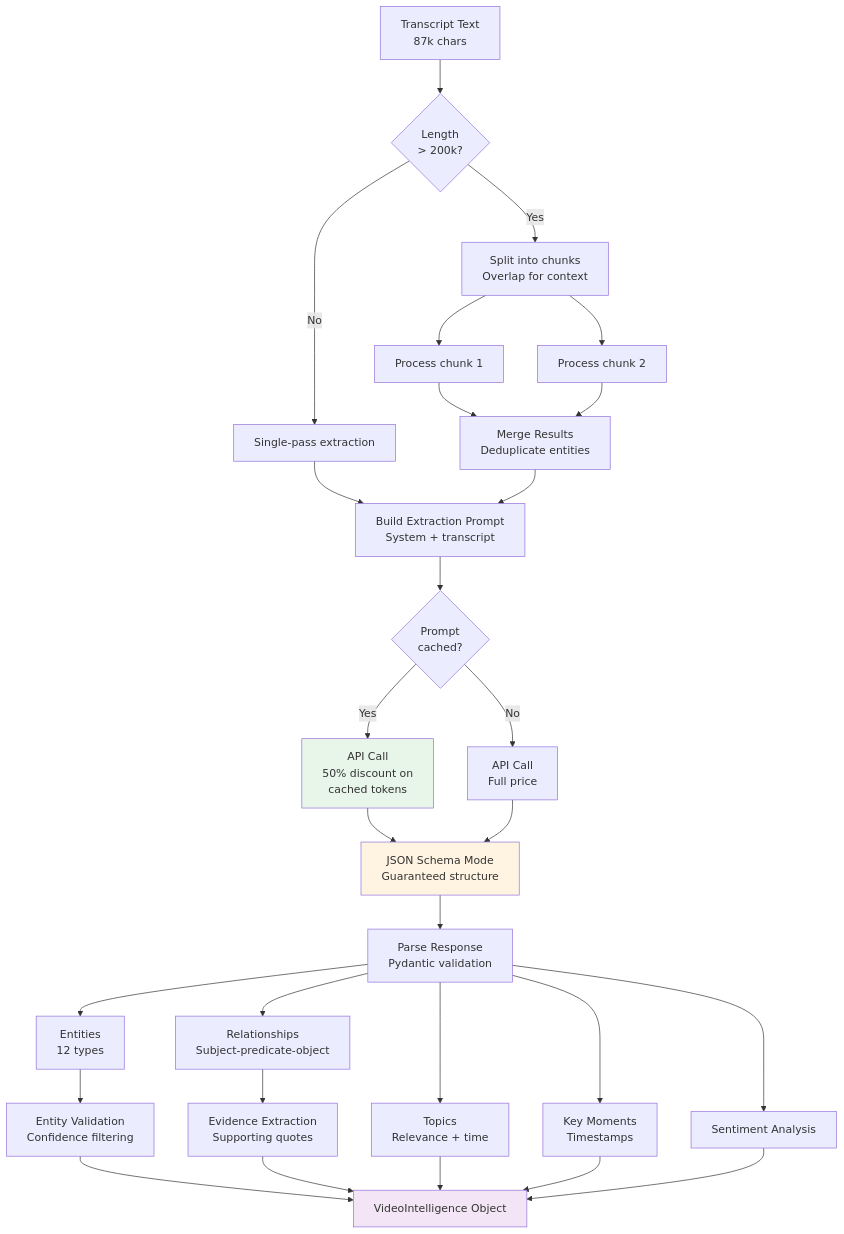
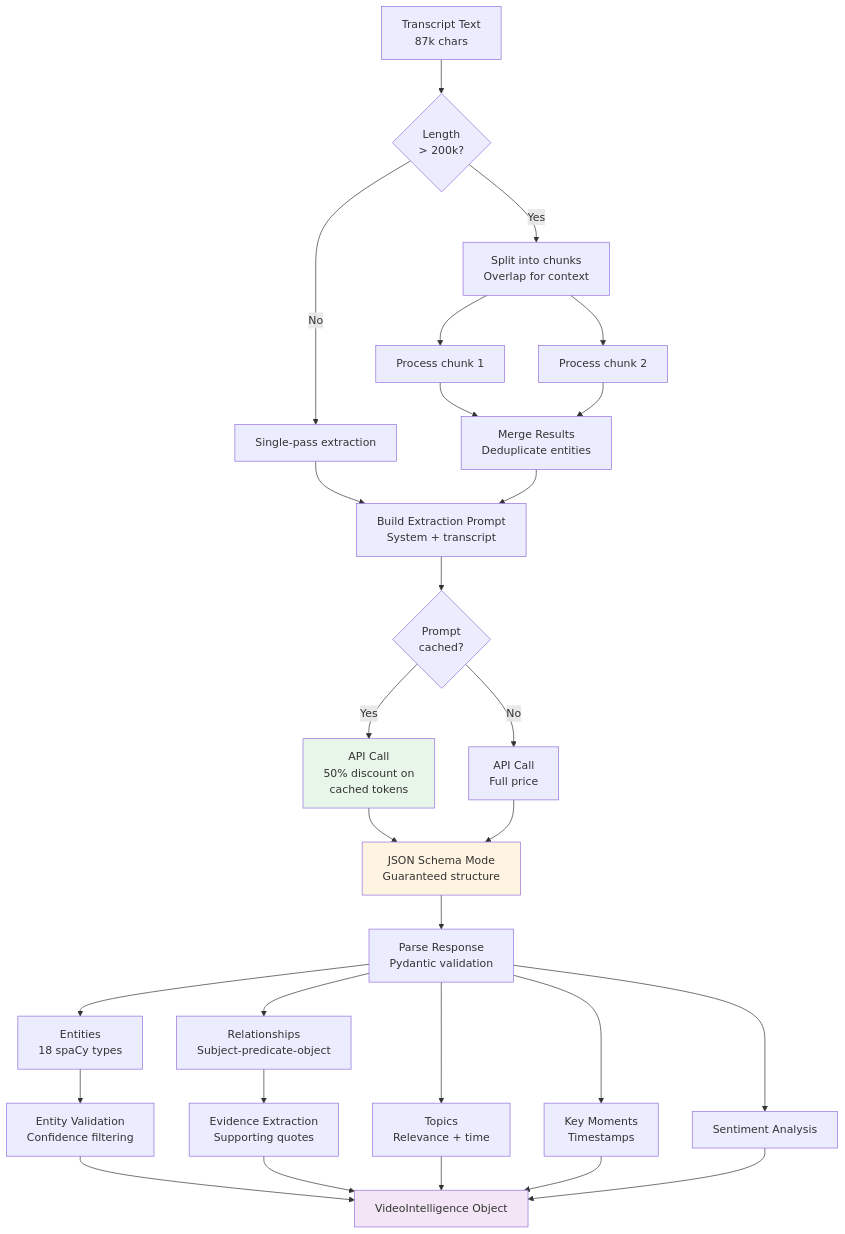
Before and after one commit to bubroz/clipscribe: the ninth of 14 diagrams in docs/ARCHITECTURE.md, drawn with Mermaid. The commit also changed other lines of this file and 2 other files, not shown here.

First line of the commit message:
docs: clarify entity types - 18 supported, 12 found in validation

````diff
--- a/docs/ARCHITECTURE.md
+++ b/docs/ARCHITECTURE.md
@@ -438,40 +438,40 @@
 ```mermaid
 flowchart TD
     Transcript[Transcript Text<br/>87k chars] --> Chunk{Length<br/>> 200k?}
     Chunk -->|Yes| Split[Split into chunks<br/>Overlap for context]
     Chunk -->|No| Single
     Split --> Process1[Process chunk 1]
     Split --> Process2[Process chunk 2]
     Process1 --> Merge
     Process2 --> Merge[Merge Results<br/>Deduplicate entities]
     
     Single[Single-pass extraction] --> Prompt[Build Extraction Prompt<br/>System + transcript]
     Merge --> Prompt
     
     Prompt --> CheckCache{Prompt<br/>cached?}
     CheckCache -->|Yes| CachedAPI["API Call<br/>50% discount on<br/>cached tokens"]
     CheckCache -->|No| FullAPI["API Call<br/>Full price"]
     
     CachedAPI --> Schema
     FullAPI --> Schema[JSON Schema Mode<br/>Guaranteed structure]
     
     Schema --> Parse[Parse Response<br/>Pydantic validation]
-    Parse --> Entities[Entities<br/>12 types]
+    Parse --> Entities[Entities<br/>18 spaCy types]
     Parse --> Relations[Relationships<br/>Subject-predicate-object]
     Parse --> Topics[Topics<br/>Relevance + time]
     Parse --> Moments[Key Moments<br/>Timestamps]
     Parse --> Sentiment[Sentiment Analysis]
     
     Entities --> Validate[Entity Validation<br/>Confidence filtering]
     Relations --> Evidence[Evidence Extraction<br/>Supporting quotes]
     
     Validate --> Output[VideoIntelligence Object]
     Evidence --> Output
     Topics --> Output
     Moments --> Output
     Sentiment --> Output
     
     style CachedAPI fill:#e8f5e9
     style Schema fill:#fff4e1
     style Output fill:#f3e5f5
 ```
````
